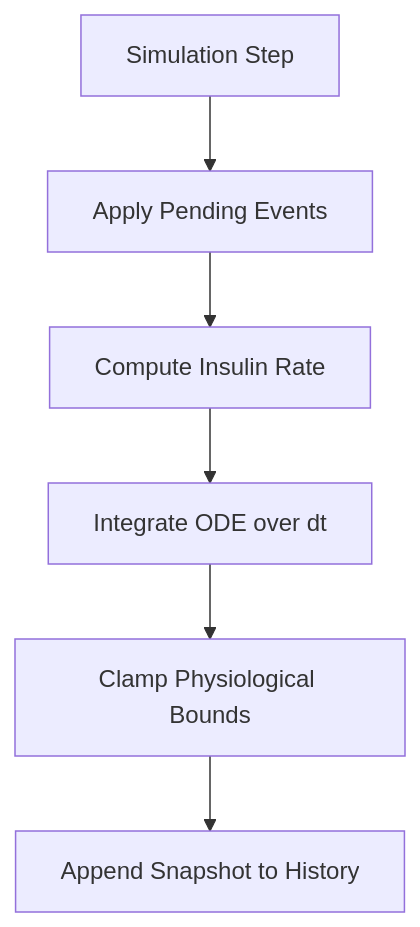
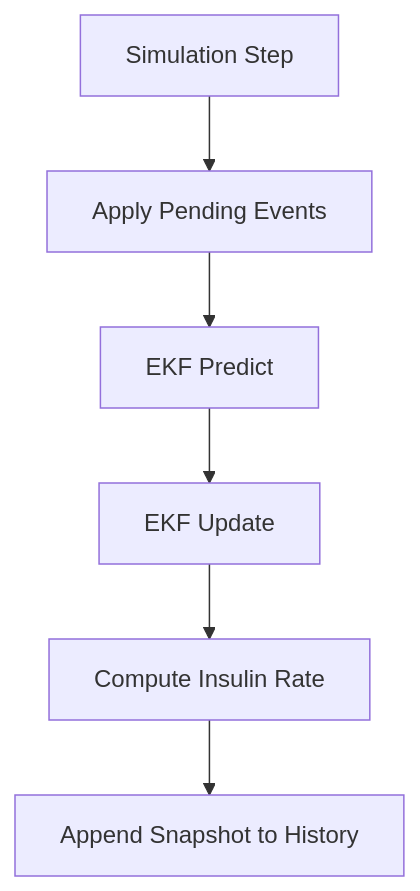
The second of 2 diagrams in project_files/simulation_summary.md (listi634/DT_BloodSugar_Insulin_Team1), drawn with Mermaid before and after one commit. The commit also changed other lines of this file and 14 other files, not shown here.

````diff
--- a/project_files/simulation_summary.md
+++ b/project_files/simulation_summary.md
@@ -153,8 +168,8 @@
 ```mermaid
 flowchart TD
   A[Simulation Step] --> B[Apply Pending Events]
-  B --> C[Compute Insulin Rate]
-  C --> D[Integrate ODE over dt]
-  D --> E[Clamp Physiological Bounds]
+  B --> C[EKF Predict]
+  C --> D[EKF Update]
+  D --> E[Compute Insulin Rate]
   E --> F[Append Snapshot to History]
 ```
````
